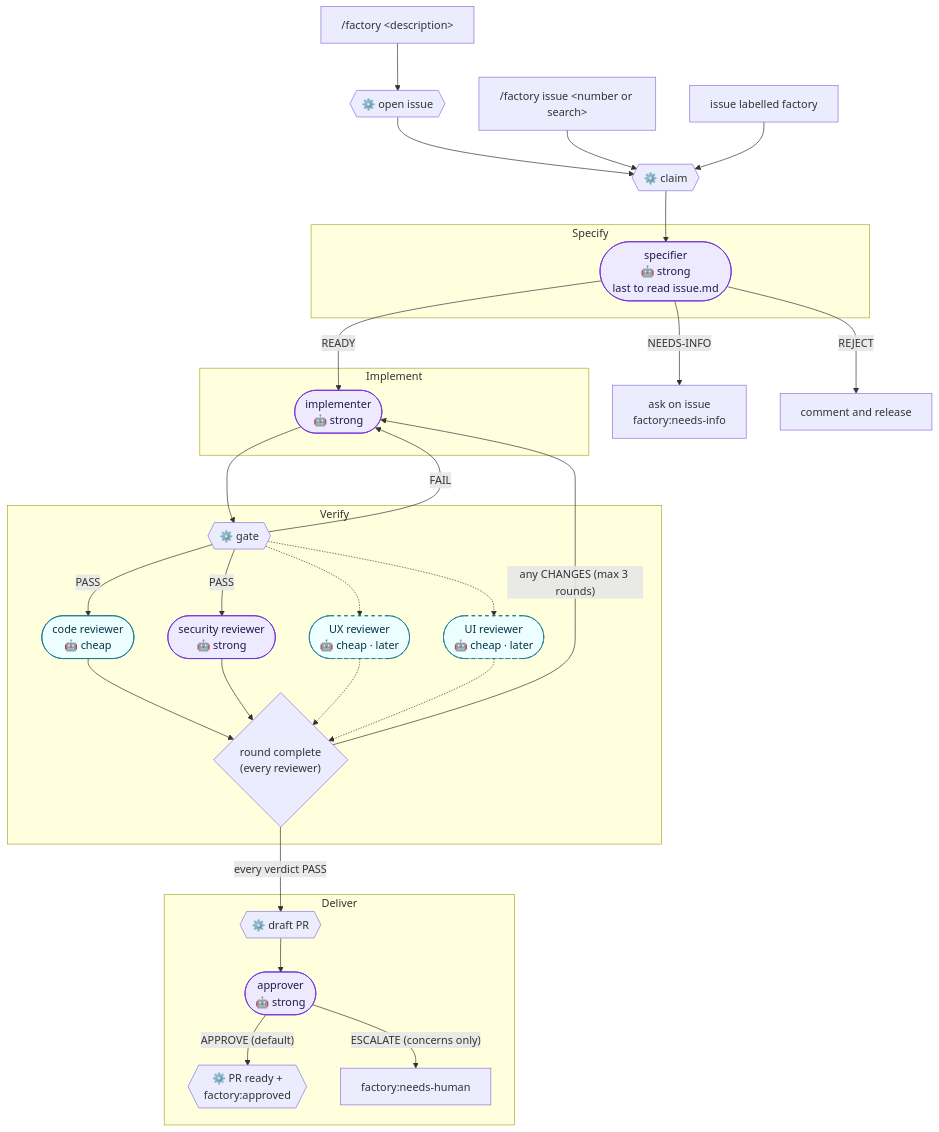
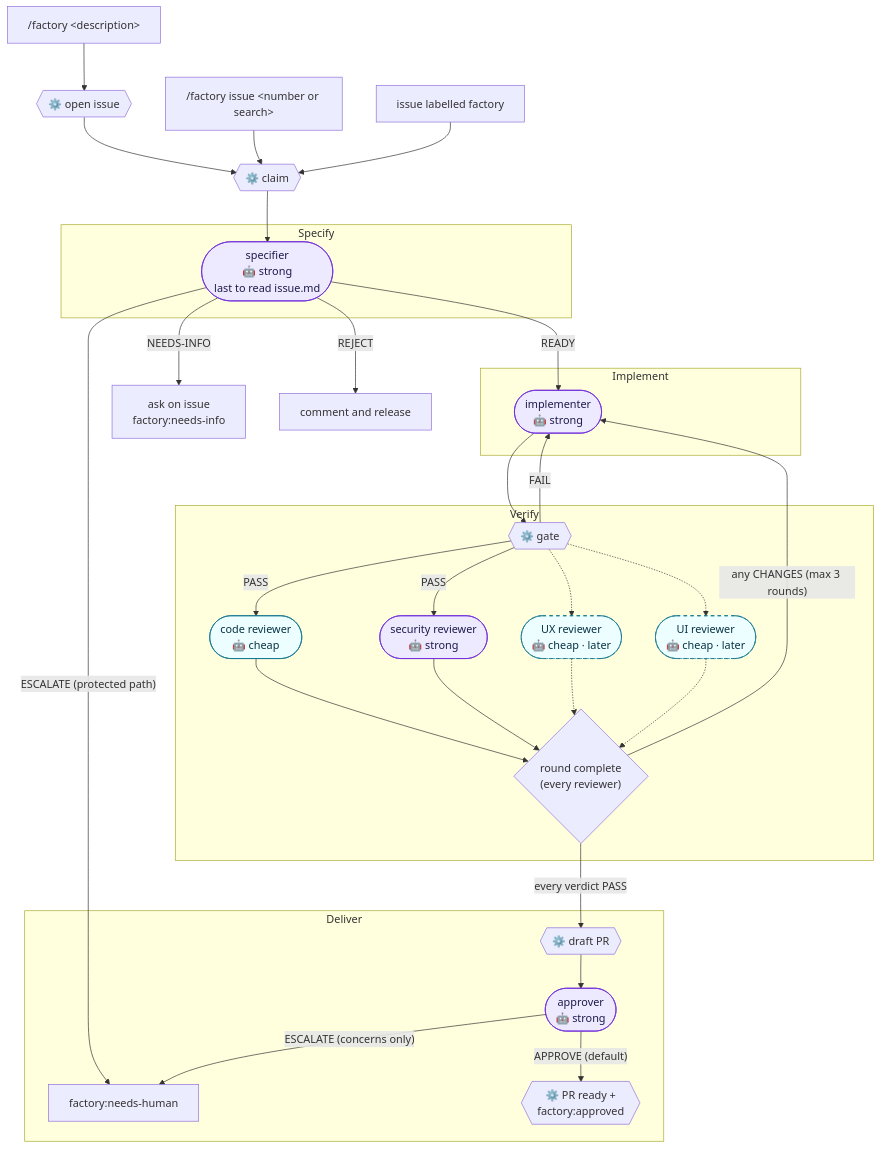
Before and after one commit to ChristopherBull/agentic-software-factory: the diagram in docs/DESIGN.md, drawn with Mermaid. The commit also changed other lines of this file and 7 other files, not shown here.

First line of the commit message:
feat(guard): record checks at claim and let the specifier escalate

````diff
--- a/docs/DESIGN.md
+++ b/docs/DESIGN.md
@@ -63,57 +63,58 @@
 ```mermaid
 flowchart TD
     prompt["/factory #lt;description#gt;"] --> open{{"⚙️ open issue"}}
     open --> claim
     named["/factory issue #lt;number or search#gt;"] --> claim
     labelled["issue labelled factory"] --> claim
     claim{{"⚙️ claim"}} --> specifier
 
     subgraph specify["Specify"]
         specifier(["specifier<br/>🤖 strong<br/>last to read issue.md"])
     end
     specifier -- NEEDS-INFO --> park["ask on issue<br/>factory:needs-info"]
+    specifier -- "ESCALATE (protected path)" --> human
     specifier -- REJECT --> release["comment and release"]
     specifier -- READY --> implementer
 
     subgraph implement["Implement"]
         implementer(["implementer<br/>🤖 strong"])
     end
 
     subgraph verify["Verify"]
         gate{{"⚙️ gate"}}
         code(["code reviewer<br/>🤖 cheap"])
         security(["security reviewer<br/>🤖 strong"])
         ux(["UX reviewer<br/>🤖 cheap · later"])
         ui(["UI reviewer<br/>🤖 cheap · later"])
         round{"round complete<br/>(every reviewer)"}
     end
     implementer --> gate
     gate -- FAIL --> implementer
     gate -- PASS --> code
     gate -- PASS --> security
     gate -.-> ux
     gate -.-> ui
     code --> round
     security --> round
     ux -.-> round
     ui -.-> round
     round -- "any CHANGES (max 3 rounds)" --> implementer
 
     subgraph deliver["Deliver"]
         pr{{"⚙️ draft PR"}}
         approver(["approver<br/>🤖 strong"])
         ready{{"⚙️ PR ready +<br/>factory:approved"}}
         human["factory:needs-human"]
     end
     round -- every verdict PASS --> pr
     pr --> approver
     approver -- "APPROVE (default)" --> ready
     approver -- "ESCALATE (concerns only)" --> human
 
     classDef strong fill:#ede9fe,stroke:#6d28d9,color:#1e1b4b
     classDef cheap fill:#ecfeff,stroke:#0e7490,color:#083344
     classDef later stroke-dasharray: 5 5
     class specifier,implementer,security,approver strong
     class code,ux,ui cheap
     class ux,ui later
 ```
````
